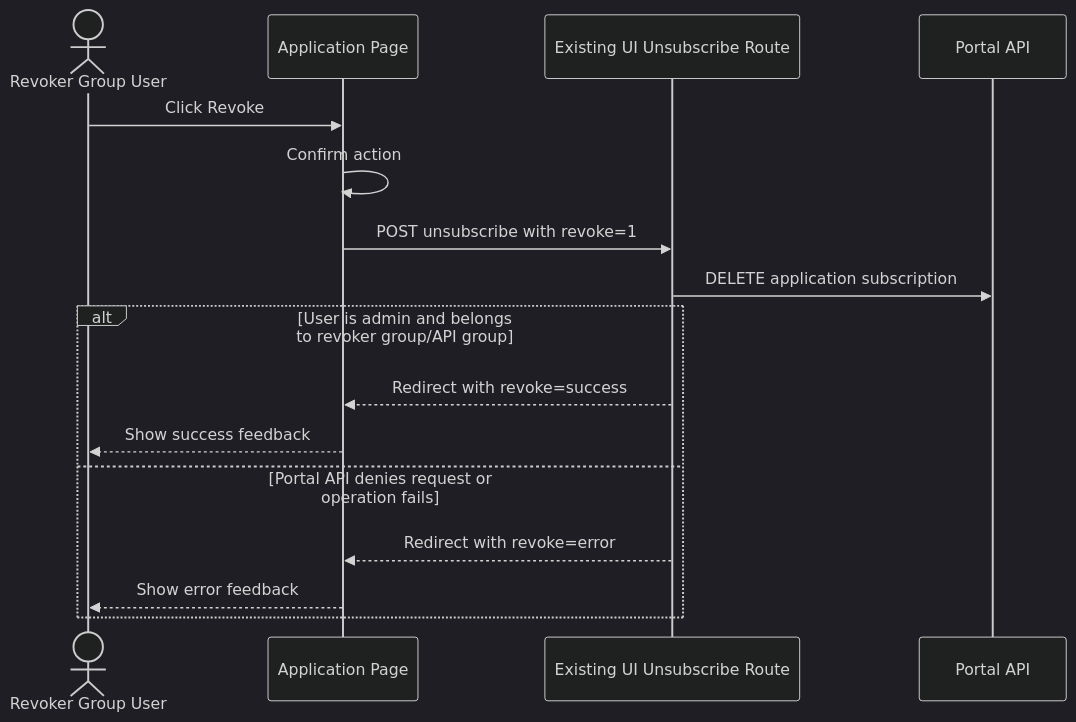
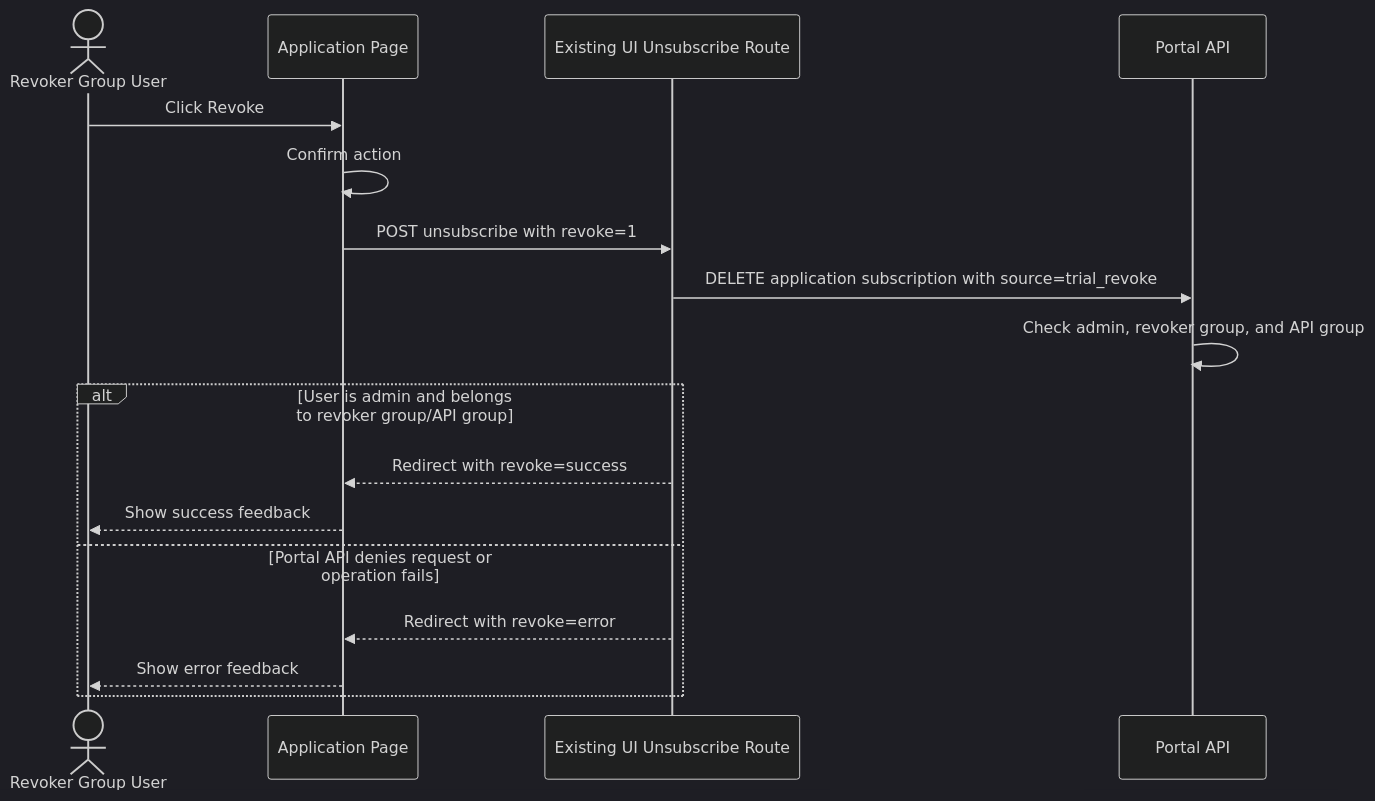
Before and after one commit to clarivate/wicked.haufe.io: the first of 2 diagrams in doc/trial-revoke-poc.md, drawn with Mermaid (dark theme). The commit also changed other lines of this file and 2 other files, not shown here.

Commit message:
Enhance trial revoke functionality by implementing revoker group checks and updating API routes for better permission management

````diff
--- a/doc/trial-revoke-poc.md
+++ b/doc/trial-revoke-poc.md
@@ -109,20 +111,21 @@
 ```mermaid
 sequenceDiagram
 	actor Revoker as Revoker Group User
 	participant UI as Application Page
 	participant Route as Existing UI Unsubscribe Route
 	participant API as Portal API
 
 	Revoker->>UI: Click Revoke
 	UI->>UI: Confirm action
 	UI->>Route: POST unsubscribe with revoke=1
-	Route->>API: DELETE application subscription
+	Route->>API: DELETE application subscription with source=trial_revoke
+	API->>API: Check admin, revoker group, and API group
 
 	alt User is admin and belongs to revoker group/API group
 		Route-->>UI: Redirect with revoke=success
 		UI-->>Revoker: Show success feedback
 	else Portal API denies request or operation fails
 		Route-->>UI: Redirect with revoke=error
 		UI-->>Revoker: Show error feedback
 	end
 ```
````
